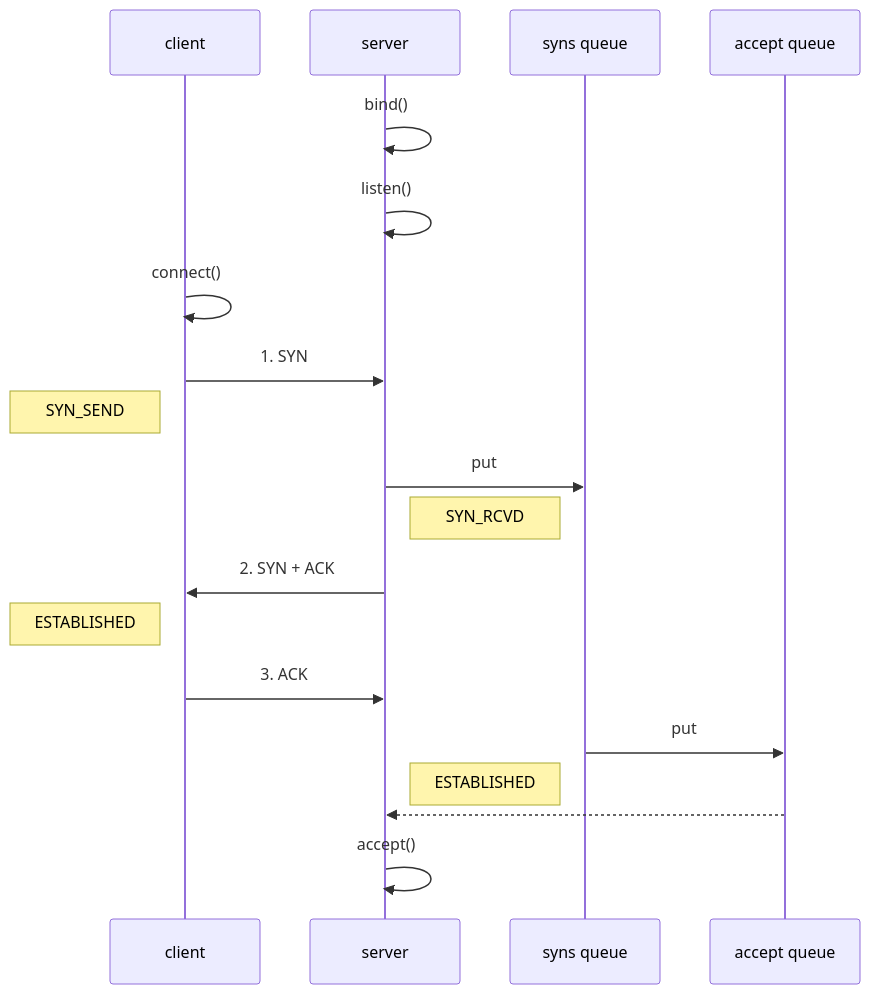
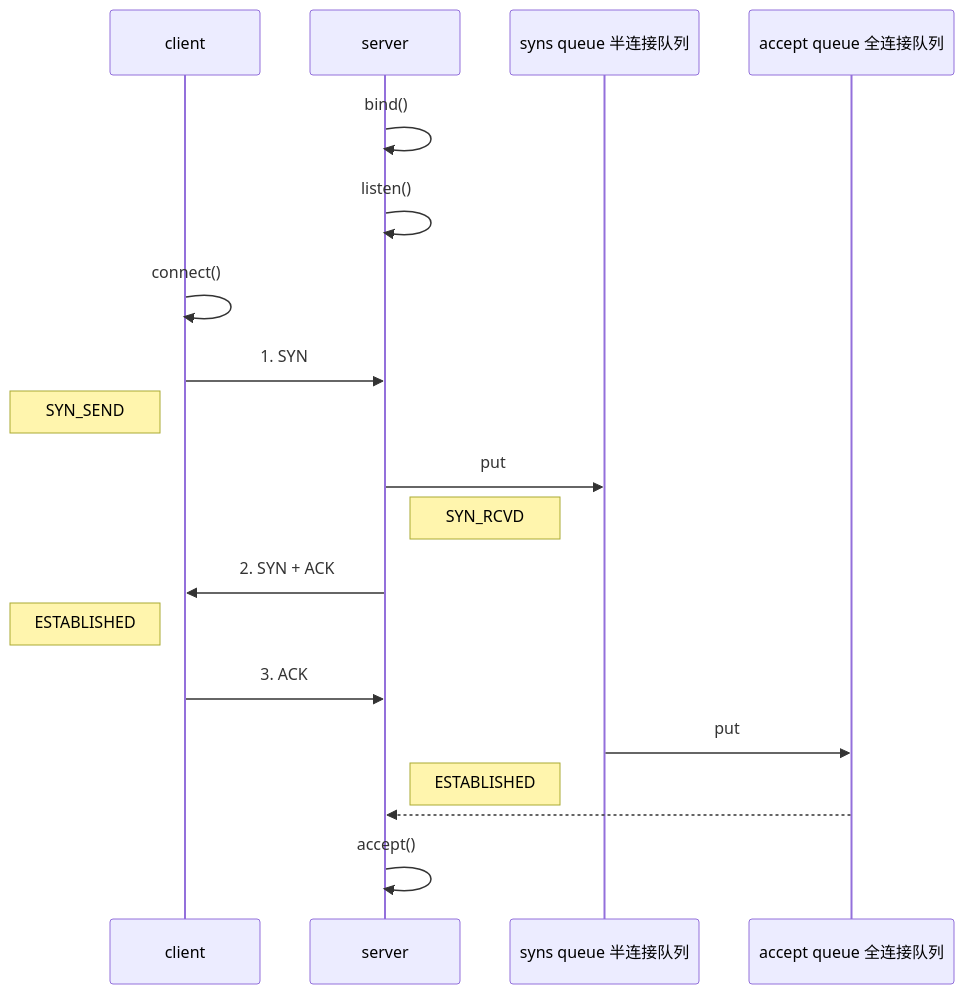
One commit to csliujw/CodeNotes changed the ninth of 13 diagrams in Netty/netty快速入门.md. Above: the diagram before and after it, drawn with Mermaid. The commit also changed other lines of this file and 14 other files, not shown here.

````diff
--- a/Netty/netty快速入门.md
+++ b/Netty/netty快速入门.md
@@ -7280,23 +7407,23 @@
 ```mermaid
 sequenceDiagram
 
 participant c as client
 participant s as server
-participant sq as syns queue
-participant aq as accept queue
+participant sq as syns queue 半连接队列
+participant aq as accept queue 全连接队列
 
 s ->> s : bind()
 s ->> s : listen()
 c ->> c : connect()
 c ->> s : 1. SYN
 Note left of c : SYN_SEND
 s ->> sq : put
 Note right of s : SYN_RCVD
 s ->> c : 2. SYN + ACK
 Note left of c : ESTABLISHED
 c ->> s : 3. ACK
 sq ->> aq : put
 Note right of s : ESTABLISHED
 aq -->> s : 
 s ->> s : accept()
 ```
````
